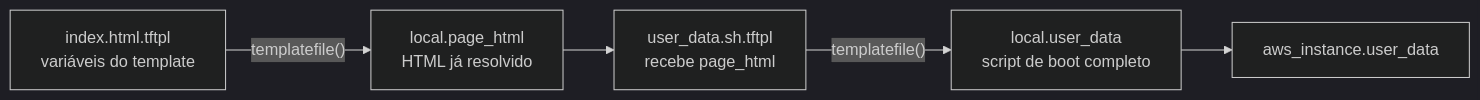
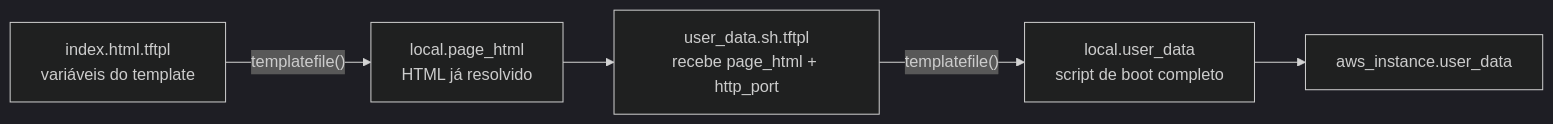
One commit to weynne/cesar-school-pos-devops-iac changed the fifth of 7 diagrams in README.md. Above: the diagram before and after it, drawn with Mermaid (dark theme). The commit also changed other lines of this file, not shown here.

````diff
--- a/README.md
+++ b/README.md
@@ -694,12 +742,12 @@
 ```mermaid
 flowchart LR
     TPL["index.html.tftpl<br/>variáveis do template"]
     HTML["local.page_html<br/>HTML já resolvido"]
-    SH["user_data.sh.tftpl<br/>recebe page_html"]
+    SH["user_data.sh.tftpl<br/>recebe page_html + http_port"]
     UD["local.user_data<br/>script de boot completo"]
 
     TPL -->|"templatefile()"| HTML
     HTML --> SH
     SH -->|"templatefile()"| UD
     UD --> EC2["aws_instance.user_data"]
 ```
````
